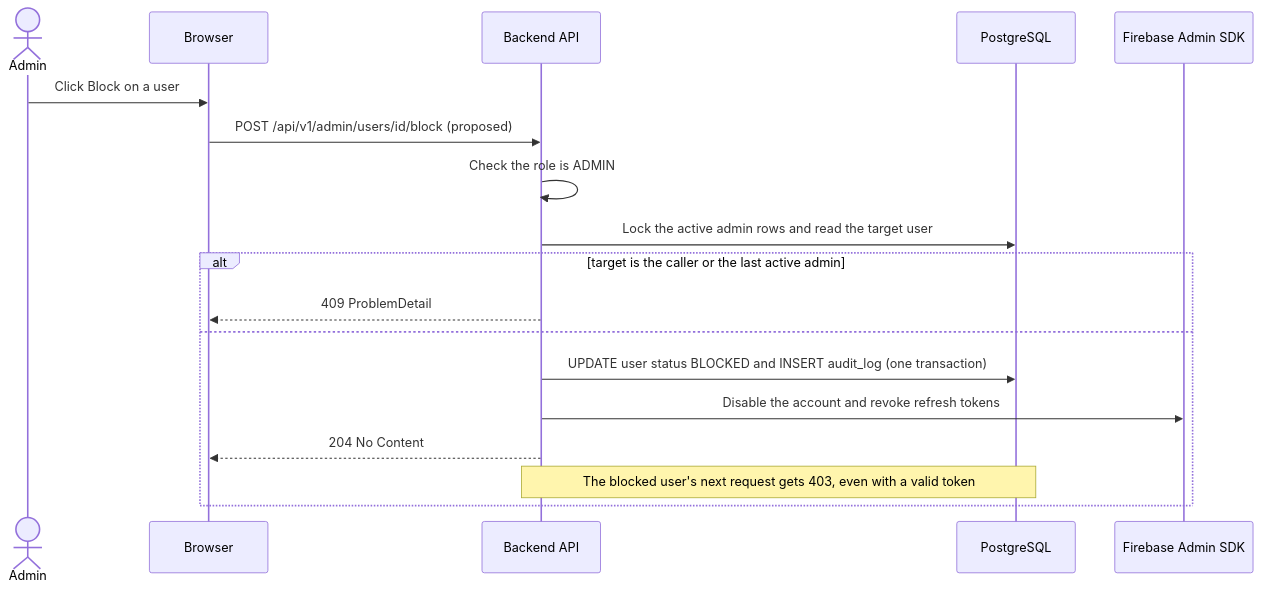
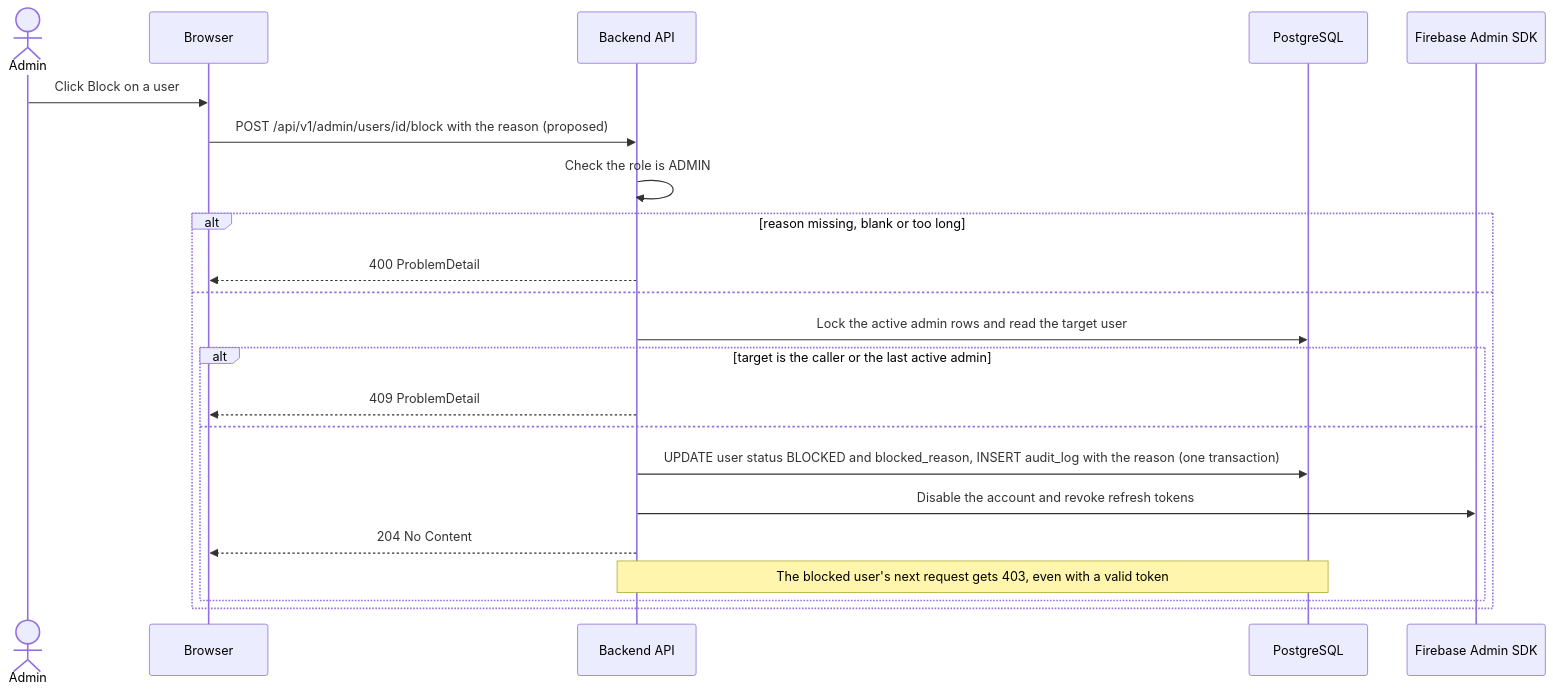
Before and after one commit to Kerolly/software_engineering_II: the eighth of 10 diagrams in docs/design/flows.md, drawn with Mermaid. The commit also changed other lines of this file and 2 other files, not shown here.

Commit message:
docs(design): add blocked_reason to users

````diff
--- a/docs/design/flows.md
+++ b/docs/design/flows.md
@@ -228,21 +228,25 @@
 ```mermaid
 sequenceDiagram
     actor Admin
     participant B as Browser
     participant API as Backend API
     participant DB as PostgreSQL
     participant FB as Firebase Admin SDK
 
     Admin->>B: Click Block on a user
-    B->>API: POST /api/v1/admin/users/id/block (proposed)
+    B->>API: POST /api/v1/admin/users/id/block with the reason (proposed)
     API->>API: Check the role is ADMIN
-    API->>DB: Lock the active admin rows and read the target user
-    alt target is the caller or the last active admin
-        API-->>B: 409 ProblemDetail
+    alt reason missing, blank or too long
+        API-->>B: 400 ProblemDetail
     else
-        API->>DB: UPDATE user status BLOCKED and INSERT audit_log (one transaction)
-        API->>FB: Disable the account and revoke refresh tokens
-        API-->>B: 204 No Content
-        Note over API,DB: The blocked user's next request gets 403, even with a valid token
+        API->>DB: Lock the active admin rows and read the target user
+        alt target is the caller or the last active admin
+            API-->>B: 409 ProblemDetail
+        else
+            API->>DB: UPDATE user status BLOCKED and blocked_reason, INSERT audit_log with the reason (one transaction)
+            API->>FB: Disable the account and revoke refresh tokens
+            API-->>B: 204 No Content
+            Note over API,DB: The blocked user's next request gets 403, even with a valid token
+        end
     end
 ```
````
